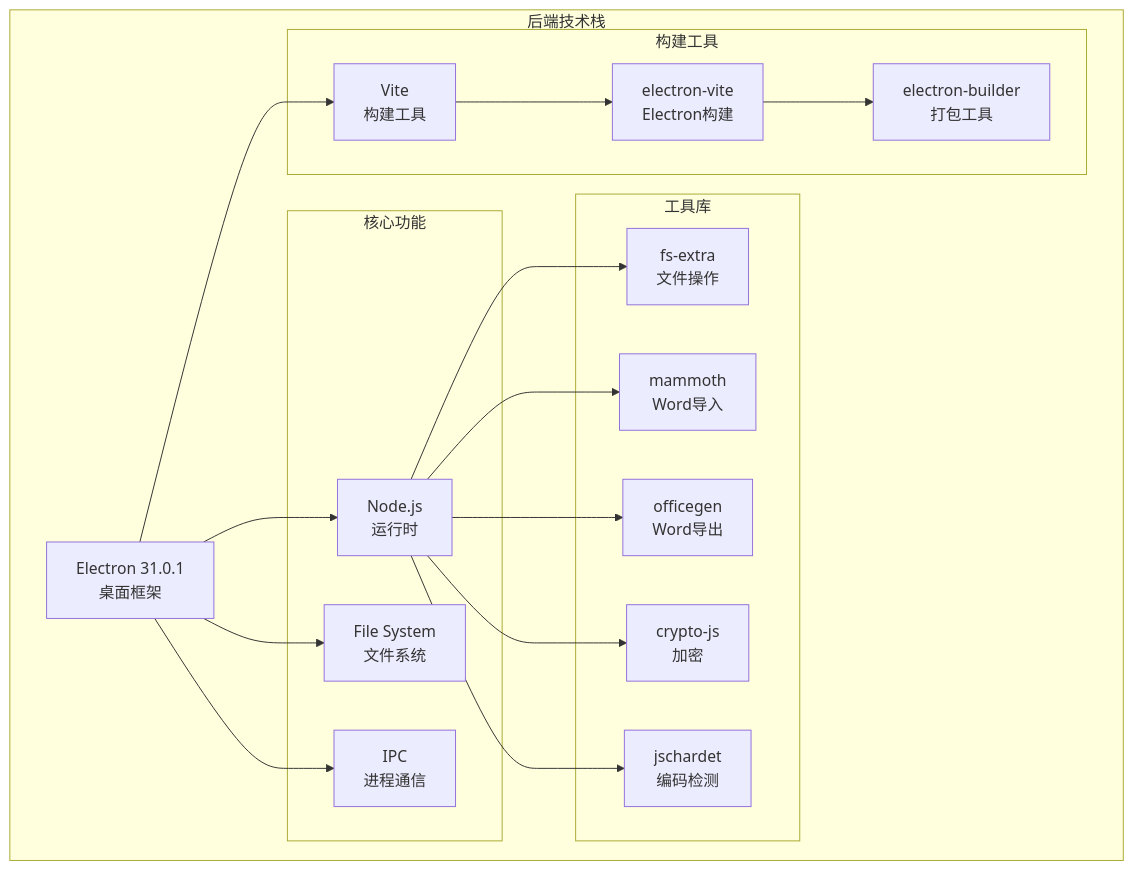
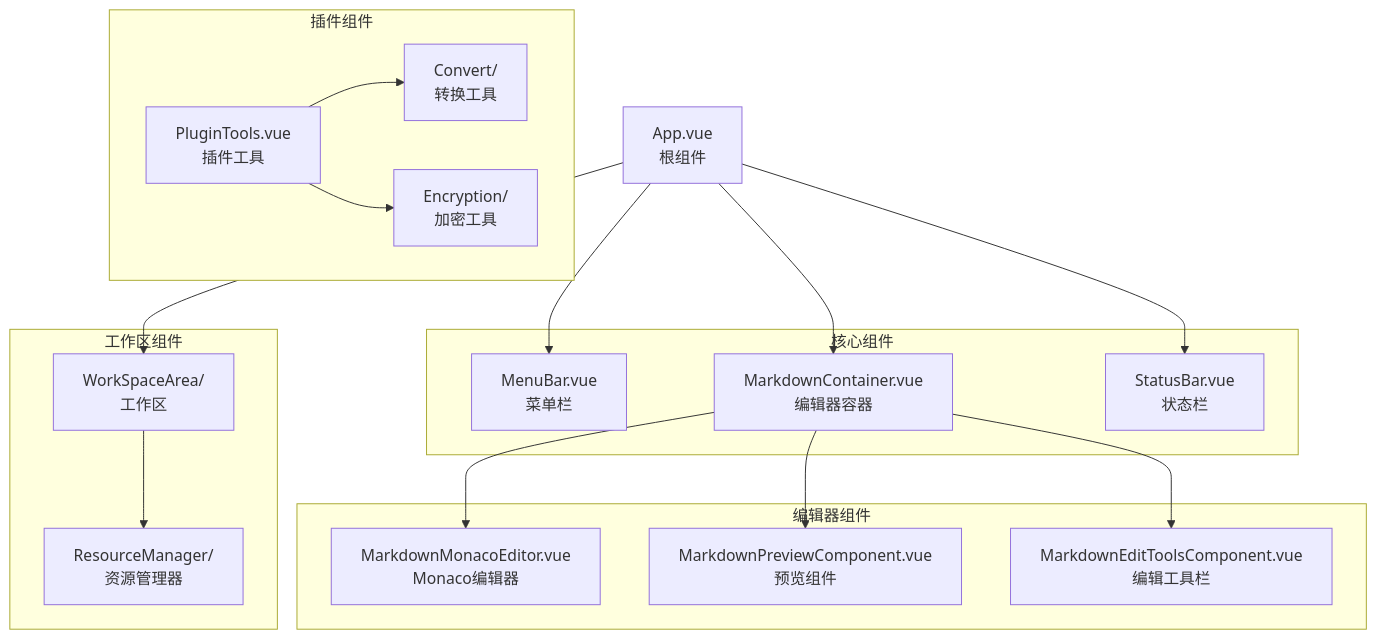
Before and after one commit to hemy08/BaiZeNotesByVue: the fifth of 34 diagrams in doc/架构文档.md, drawn with Mermaid. The commit also changed other lines of this file and 41 other files, not shown here.

````diff
--- a/doc/架构文档.md
+++ b/doc/架构文档.md
@@ -553,40 +222,41 @@
 ```mermaid
 graph TB
-    subgraph "后端技术栈"
-        A[Electron 31.0.1<br/>桌面框架]
-
-        subgraph "核心功能"
-            B1[Node.js<br/>运行时]
-            B2[File System<br/>文件系统]
-            B3[IPC<br/>进程通信]
-        end
-
-        subgraph "工具库"
-            C1[fs-extra<br/>文件操作]
-            C2[mammoth<br/>Word导入]
-            C3[officegen<br/>Word导出]
-            C4[crypto-js<br/>加密]
-            C5[jschardet<br/>编码检测]
-        end
-
-        subgraph "构建工具"
-            D1[Vite<br/>构建工具]
-            D2[electron-vite<br/>Electron构建]
-            D3[electron-builder<br/>打包工具]
-        end
+    App[App.vue<br/>根组件]
+    
+    subgraph 核心组件
+        MenuBar[MenuBar.vue<br/>菜单栏]
+        MarkdownContainer[MarkdownContainer.vue<br/>编辑器容器]
+        StatusBar[StatusBar.vue<br/>状态栏]
     end
-
-    A --> B1
-    A --> B2
-    A --> B3
-
-    B1 --> C1
-    B1 --> C2
-    B1 --> C3
-    B1 --> C4
-    B1 --> C5
-
-    A --> D1
-    D1 --> D2
-    D2 --> D3
+    
+    subgraph 编辑器组件
+        MonacoEditor[MarkdownMonacoEditor.vue<br/>Monaco编辑器]
+        Preview[MarkdownPreviewComponent.vue<br/>预览组件]
+        EditTools[MarkdownEditToolsComponent.vue<br/>编辑工具栏]
+    end
+    
+    subgraph 工作区组件
+        WorkSpace[WorkSpaceArea/<br/>工作区]
+        ResourceManager[ResourceManager/<br/>资源管理器]
+    end
+    
+    subgraph 插件组件
+        PluginTools[PluginTools.vue<br/>插件工具]
+        Convert[Convert/<br/>转换工具]
+        Encryption[Encryption/<br/>加密工具]
+    end
+    
+    App --> MenuBar
+    App --> MarkdownContainer
+    App --> StatusBar
+    App --> WorkSpace
+    
+    MarkdownContainer --> MonacoEditor
+    MarkdownContainer --> Preview
+    MarkdownContainer --> EditTools
+    
+    WorkSpace --> ResourceManager
+    
+    PluginTools --> Convert
+    PluginTools --> Encryption
 ```
````
